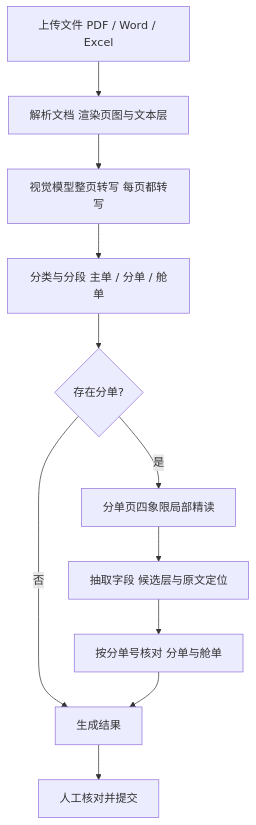
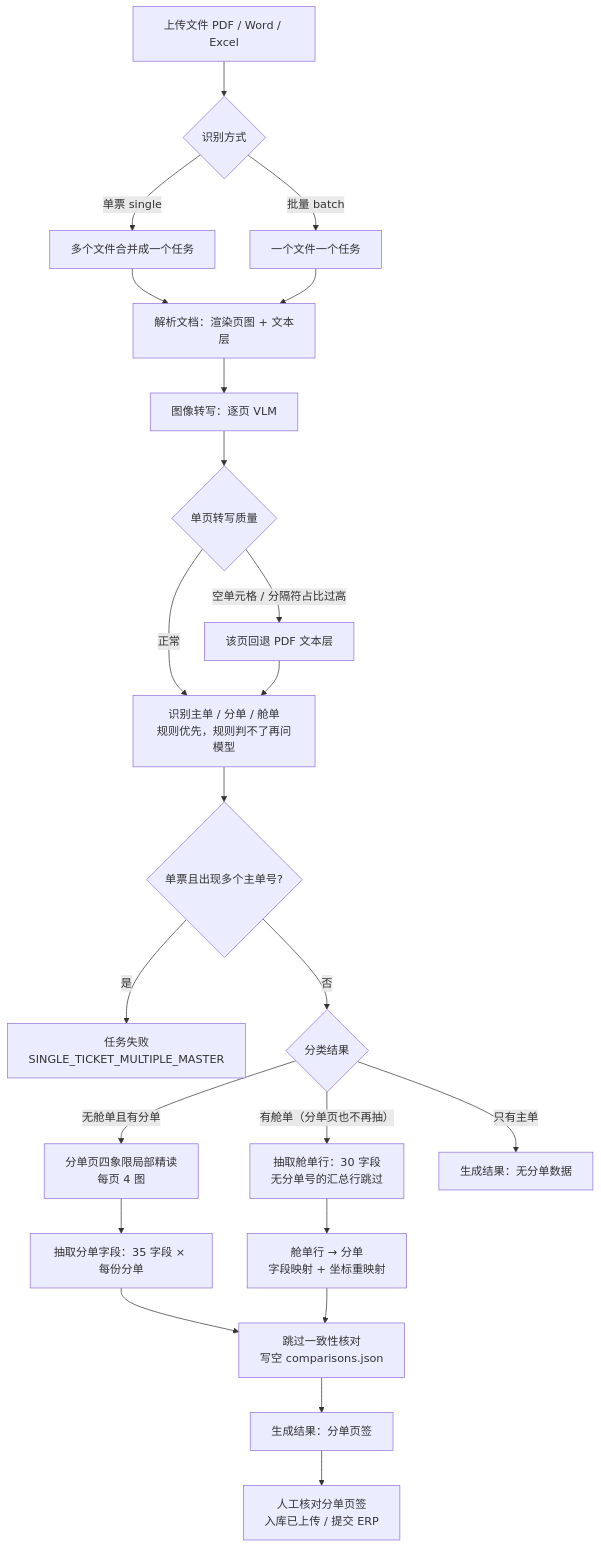
One commit to TZH-daxia/DocMind_DZ changed the diagram in README.md. Above: the diagram before and after it, drawn with Mermaid. The commit also changed other lines of this file and 34 other files, not shown here.

````diff
--- a/README.md
+++ b/README.md
@@ -15,13 +15,25 @@
 ```mermaid
 flowchart TD
-    A[上传文件 PDF / Word / Excel] --> B[解析文档 渲染页图与文本层]
-    B --> C[视觉模型整页转写 每页都转写]
-    C --> D[分类与分段 主单 / 分单 / 舱单]
-    D --> E{存在分单?}
-    E -- 否 --> H[生成结果]
-    E -- 是 --> F[分单页四象限局部精读]
-    F --> G[抽取字段 候选层与原文定位]
-    G --> I[按分单号核对 分单与舱单]
-    I --> H
-    H --> J[人工核对并提交]
+    A[上传文件 PDF / Word / Excel] --> M{识别方式}
+    M -- 单票 single --> M1[多个文件合并成一个任务]
+    M -- 批量 batch --> M2[一个文件一个任务]
+    M1 --> B[解析文档：渲染页图 + 文本层]
+    M2 --> B
+    B --> C[图像转写：逐页 VLM]
+    C --> Q{单页转写质量}
+    Q -- 空单元格 / 分隔符占比过高 --> Q1[该页回退 PDF 文本层]
+    Q -- 正常 --> D
+    Q1 --> D[识别主单 / 分单 / 舱单<br/>规则优先，规则判不了再问模型]
+    D --> S{单票且出现多个主单号?}
+    S -- 是 --> S1[任务失败<br/>SINGLE_TICKET_MULTIPLE_MASTER]
+    S -- 否 --> E{分类结果}
+    E -- 有舱单（分单页也不再抽） --> G1[抽取舱单行：30 字段<br/>无分单号的汇总行跳过]
+    E -- 无舱单且有分单 --> F[分单页四象限局部精读<br/>每页 4 图]
+    E -- 只有主单 --> H[生成结果：无分单数据]
+    F --> G2[抽取分单字段：35 字段 × 每份分单]
+    G1 --> T[舱单行 → 分单<br/>字段映射 + 坐标重映射]
+    G2 --> V[跳过一致性核对<br/>写空 comparisons.json]
+    T --> V
+    V --> H2[生成结果：分单页签]
+    H2 --> P[人工核对分单页签<br/>入库已上传 / 提交 ERP]
 ```
````
